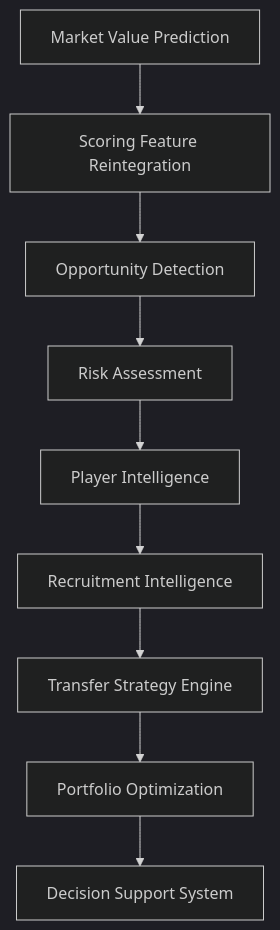
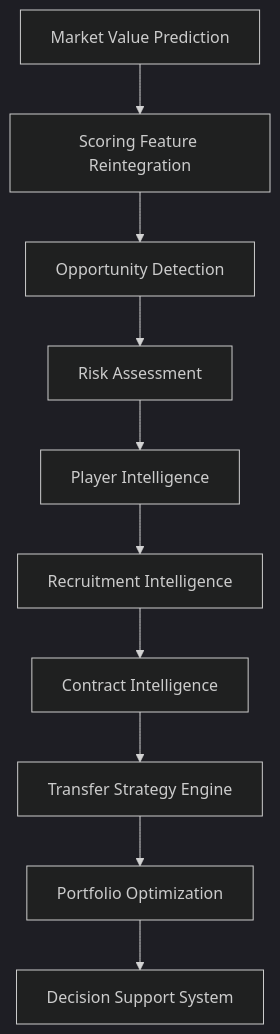
One commit to manuelpeba/market-value-football-tfm changed the first of 2 diagrams in README.md. Above: the diagram before and after it, drawn with Mermaid (dark theme). The commit also changed other lines of this file and 16 other files, not shown here.

Commit message:
feat(tm3): finalize contract intelligence layer

````diff
--- a/README.md
+++ b/README.md
@@ -372,20 +397,22 @@
 ```mermaid
 flowchart TD
 
 A[Market Value Prediction]
 --> B[Scoring Feature Reintegration]
 
 B --> C[Opportunity Detection]
 
 C --> D[Risk Assessment]
 
 D --> E[Player Intelligence]
 
 E --> F[Recruitment Intelligence]
 
-F --> G[Transfer Strategy Engine]
+F --> G[Contract Intelligence]
 
-G --> H[Portfolio Optimization]
+G --> H[Transfer Strategy Engine]
 
-H --> I[Decision Support System]
+H --> I[Portfolio Optimization]
+
+I --> J[Decision Support System]
 ```
````
